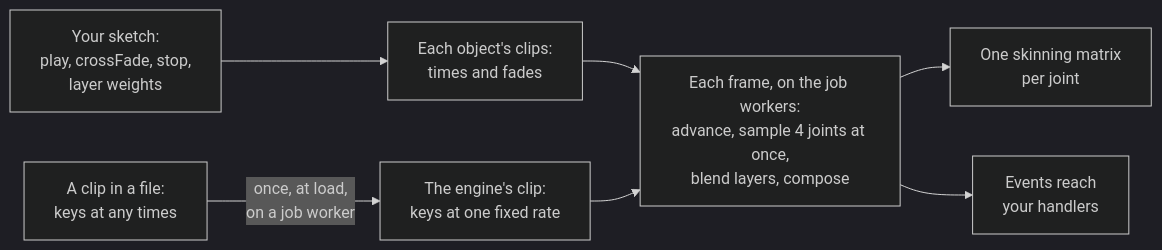
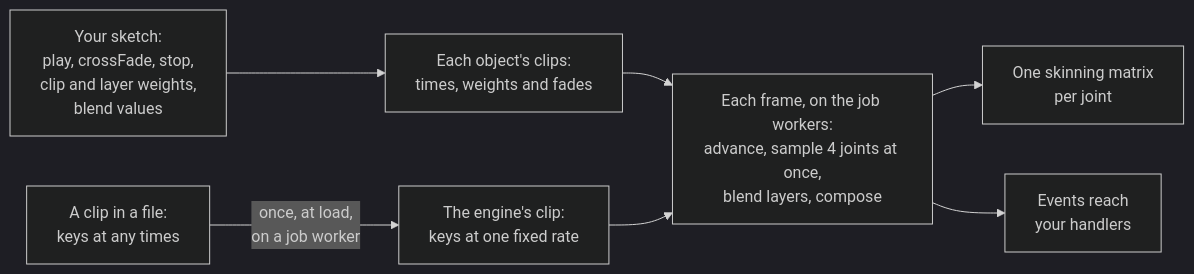
The diagram in docs/api/animation.md (null3d-engine/null3d), drawn with Mermaid (dark theme) before and after one commit. The commit also changed other lines of this file and 44 other files, not shown here.

````diff
--- a/docs/api/animation.md
+++ b/docs/api/animation.md
@@ -13,9 +13,9 @@
 ```mermaid
 flowchart LR
-    calls["Your sketch:<br/>play, crossFade, stop,<br/>layer weights"] --> state["Each object's clips:<br/>times and fades"]
+    calls["Your sketch:<br/>play, crossFade, stop,<br/>clip and layer weights,<br/>blend values"] --> state["Each object's clips:<br/>times, weights and fades"]
     file["A clip in a file:<br/>keys at any times"] -->|"once, at load,<br/>on a job worker"| clip["The engine's clip:<br/>keys at one fixed rate"]
     state --> step
     clip --> step["Each frame, on the job workers:<br/>advance, sample 4 joints at once,<br/>blend layers, compose"]
     step --> matrices["One skinning matrix<br/>per joint"]
     step --> events["Events reach<br/>your handlers"]
 ```
````
